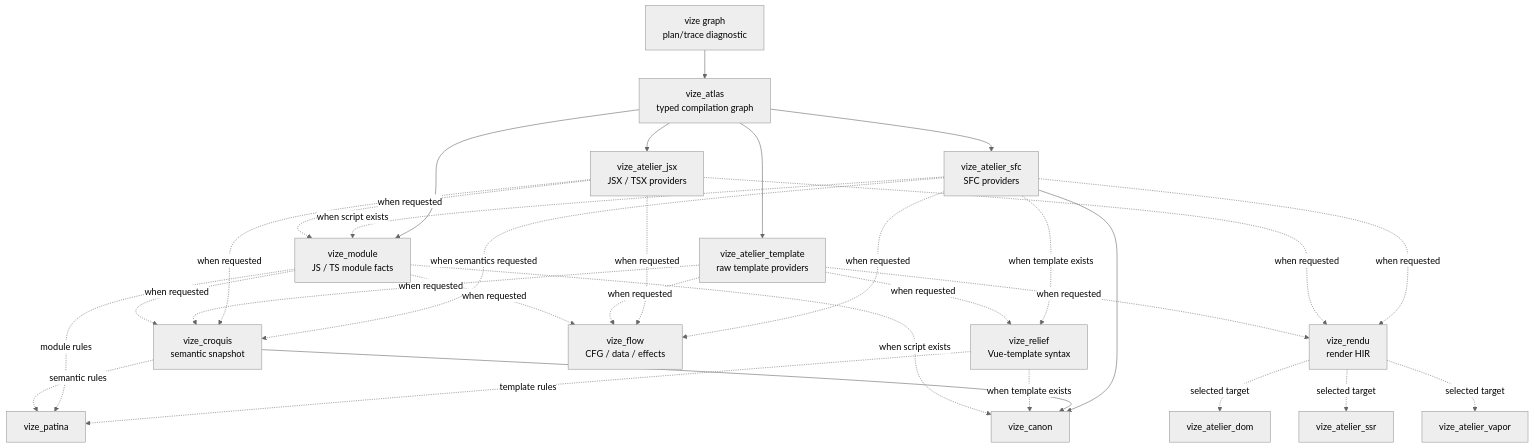
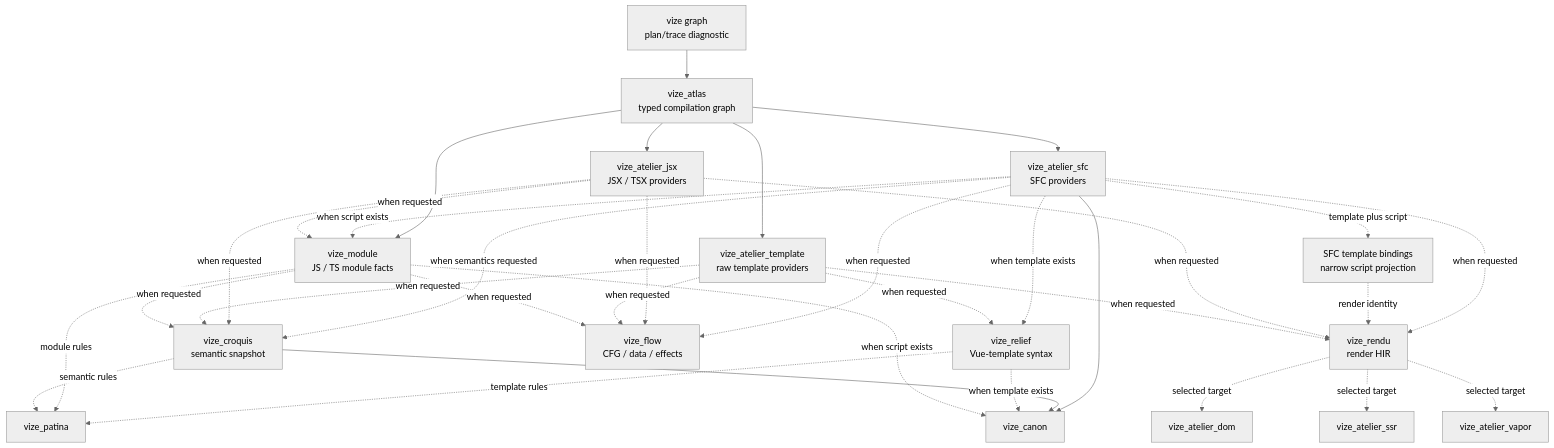
One commit to ubugeeei-prod/vize changed the first of 2 diagrams in docs/content/architecture/overview.md. Above: the diagram before and after it, drawn with Mermaid (neutral theme). The commit also changed other lines of this file and 100 other files, not shown here.

````diff
--- a/docs/content/architecture/overview.md
+++ b/docs/content/architecture/overview.md
@@ -26,35 +26,37 @@
 ```mermaid
 graph TD
     Canary["vize graph<br/>plan/trace diagnostic"] --> Atlas["vize_atlas<br/>typed compilation graph"]
 
     Atlas --> Sfc["vize_atelier_sfc<br/>SFC providers"]
     Atlas --> Template["vize_atelier_template<br/>raw template providers"]
     Atlas --> Jsx["vize_atelier_jsx<br/>JSX / TSX providers"]
     Atlas --> Module["vize_module<br/>JS / TS module facts"]
     Sfc -. "when script exists" .-> Module
     Jsx -. "when requested" .-> Module
     Sfc -. "when template exists" .-> Relief["vize_relief<br/>Vue-template syntax"]
+    Sfc -. "template plus script" .-> Bindings["SFC template bindings<br/>narrow script projection"]
     Sfc -. "when semantics requested" .-> Croquis["vize_croquis<br/>semantic snapshot"]
     Jsx -. "when requested" .-> Croquis
     Template -. "when requested" .-> Relief
     Template -. "when requested" .-> Croquis
     Module -. "when requested" .-> Croquis
     Sfc -. "when requested" .-> Flow["vize_flow<br/>CFG / data / effects"]
     Jsx -. "when requested" .-> Flow
     Template -. "when requested" .-> Flow
     Module -. "when requested" .-> Flow
     Sfc -. "when requested" .-> Rendu["vize_rendu<br/>render HIR"]
+    Bindings -. "render identity" .-> Rendu
     Jsx -. "when requested" .-> Rendu
     Template -. "when requested" .-> Rendu
 
     Rendu -. "selected target" .-> Dom["vize_atelier_dom"]
     Rendu -. "selected target" .-> Ssr["vize_atelier_ssr"]
     Rendu -. "selected target" .-> Vapor["vize_atelier_vapor"]
     Relief -. "template rules" .-> Patina["vize_patina"]
     Module -. "module rules" .-> Patina
     Croquis -. "semantic rules" .-> Patina
     Sfc --> Canon["vize_canon"]
     Croquis --> Canon
     Relief -. "when template exists" .-> Canon
     Module -. "when script exists" .-> Canon
 ```
````
